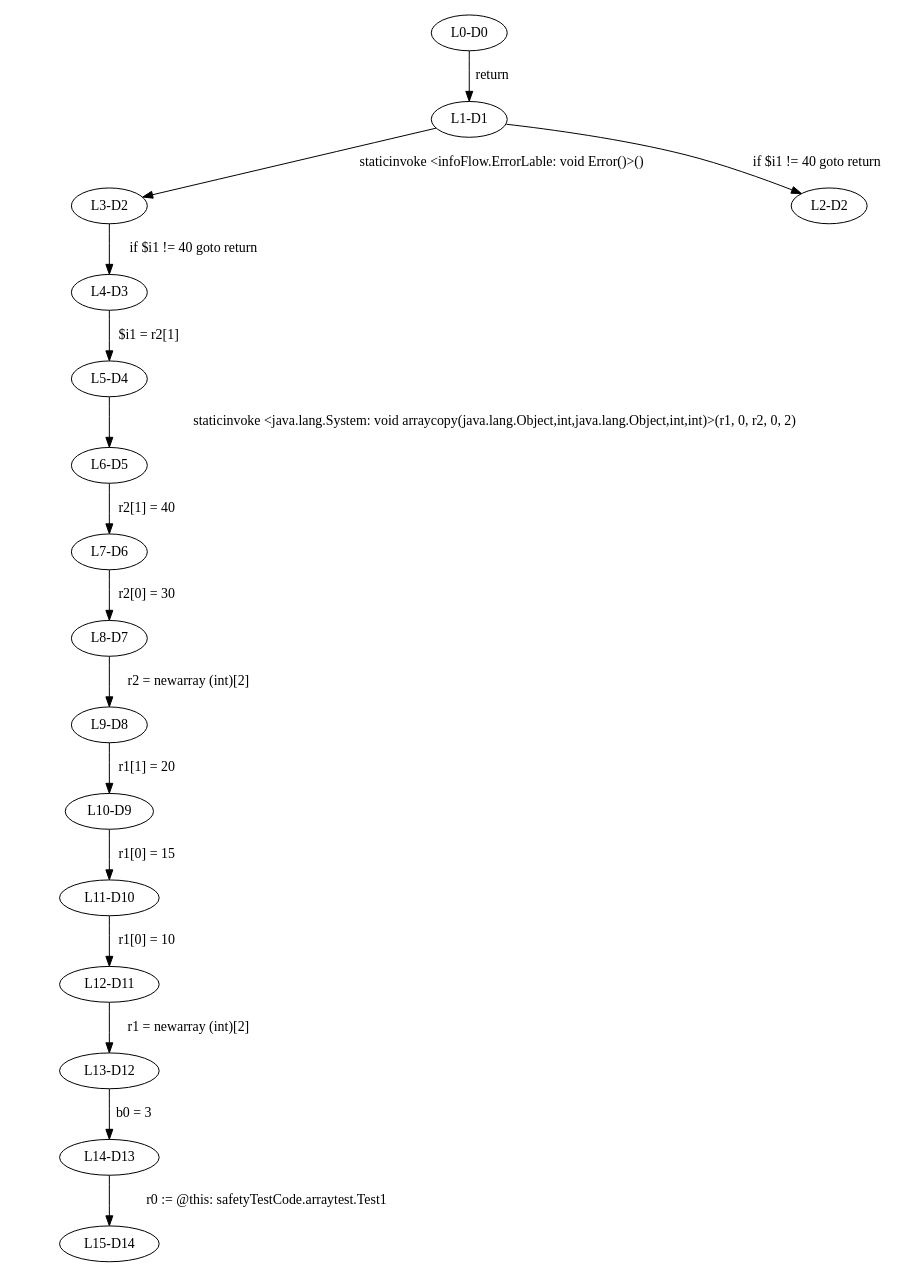
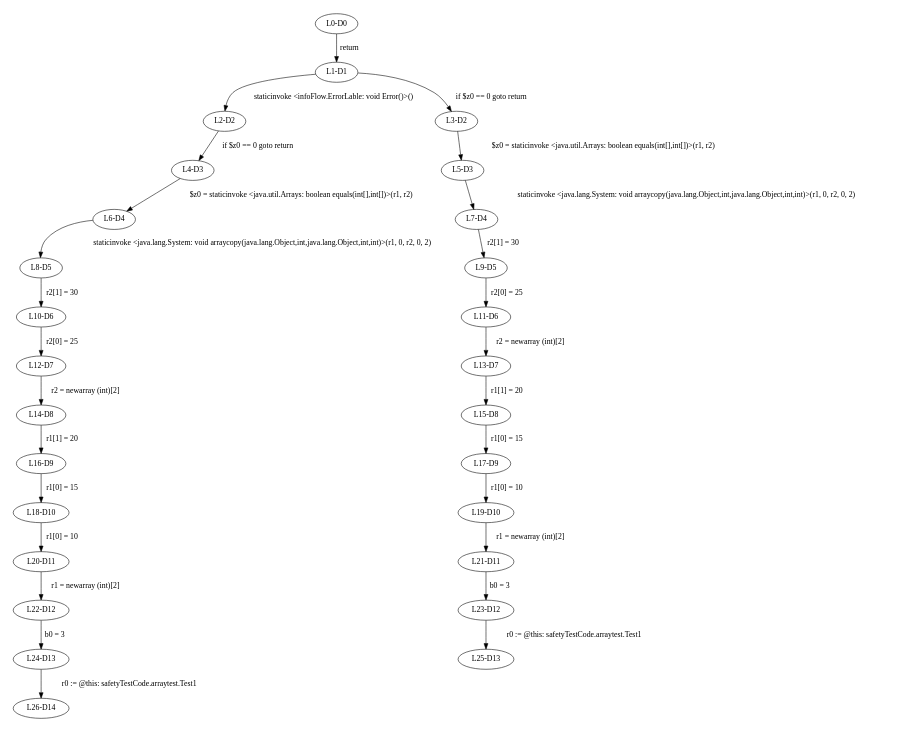
One commit to gt-wunderhorn/gt-wunderhorn changed the diagram in SafetyChecker2/_all.dot. Above: the diagram before and after it, drawn with Graphviz. The commit also changed 20 other files, not shown here.

Commit message:
Arrays.equals

```diff
--- a/SafetyChecker2/_all.dot
+++ b/SafetyChecker2/_all.dot
@@ -1,20 +1,31 @@
 digraph { 
 	ratio="fill";
 	size="8.3,11.7!";
 	margin=0;
 	"L0-D0" -> "L1-D1"[label="return"];
-	"L1-D1" -> "L3-D2"[label="staticinvoke <infoFlow.ErrorLable: void Error()>()"];
-	"L1-D1" -> "L2-D2"[label="if $i1 != 40 goto return"];
-	"L3-D2" -> "L4-D3"[label="if $i1 != 40 goto return"];
-	"L4-D3" -> "L5-D4"[label="$i1 = r2[1]"];
-	"L5-D4" -> "L6-D5"[label="staticinvoke <java.lang.System: void arraycopy(java.lang.Object,int,java.lang.Object,int,int)>(r1, 0, r2, 0, 2)"];
-	"L6-D5" -> "L7-D6"[label="r2[1] = 40"];
-	"L7-D6" -> "L8-D7"[label="r2[0] = 30"];
-	"L8-D7" -> "L9-D8"[label="r2 = newarray (int)[2]"];
-	"L9-D8" -> "L10-D9"[label="r1[1] = 20"];
-	"L10-D9" -> "L11-D10"[label="r1[0] = 15"];
-	"L11-D10" -> "L12-D11"[label="r1[0] = 10"];
-	"L12-D11" -> "L13-D12"[label="r1 = newarray (int)[2]"];
-	"L13-D12" -> "L14-D13"[label="b0 = 3"];
-	"L14-D13" -> "L15-D14"[label="r0 := @this: safetyTestCode.arraytest.Test1"];
+	"L1-D1" -> "L2-D2"[label="staticinvoke <infoFlow.ErrorLable: void Error()>()"];
+	"L1-D1" -> "L3-D2"[label="if $z0 == 0 goto return"];
+	"L2-D2" -> "L4-D3"[label="if $z0 == 0 goto return"];
+	"L3-D2" -> "L5-D3"[label="$z0 = staticinvoke <java.util.Arrays: boolean equals(int[],int[])>(r1, r2)"];
+	"L4-D3" -> "L6-D4"[label="$z0 = staticinvoke <java.util.Arrays: boolean equals(int[],int[])>(r1, r2)"];
+	"L5-D3" -> "L7-D4"[label="staticinvoke <java.lang.System: void arraycopy(java.lang.Object,int,java.lang.Object,int,int)>(r1, 0, r2, 0, 2)"];
+	"L6-D4" -> "L8-D5"[label="staticinvoke <java.lang.System: void arraycopy(java.lang.Object,int,java.lang.Object,int,int)>(r1, 0, r2, 0, 2)"];
+	"L7-D4" -> "L9-D5"[label="r2[1] = 30"];
+	"L8-D5" -> "L10-D6"[label="r2[1] = 30"];
+	"L9-D5" -> "L11-D6"[label="r2[0] = 25"];
+	"L10-D6" -> "L12-D7"[label="r2[0] = 25"];
+	"L11-D6" -> "L13-D7"[label="r2 = newarray (int)[2]"];
+	"L12-D7" -> "L14-D8"[label="r2 = newarray (int)[2]"];
+	"L13-D7" -> "L15-D8"[label="r1[1] = 20"];
+	"L14-D8" -> "L16-D9"[label="r1[1] = 20"];
+	"L15-D8" -> "L17-D9"[label="r1[0] = 15"];
+	"L16-D9" -> "L18-D10"[label="r1[0] = 15"];
+	"L17-D9" -> "L19-D10"[label="r1[0] = 10"];
+	"L18-D10" -> "L20-D11"[label="r1[0] = 10"];
+	"L19-D10" -> "L21-D11"[label="r1 = newarray (int)[2]"];
+	"L20-D11" -> "L22-D12"[label="r1 = newarray (int)[2]"];
+	"L21-D11" -> "L23-D12"[label="b0 = 3"];
+	"L22-D12" -> "L24-D13"[label="b0 = 3"];
+	"L23-D12" -> "L25-D13"[label="r0 := @this: safetyTestCode.arraytest.Test1"];
+	"L24-D13" -> "L26-D14"[label="r0 := @this: safetyTestCode.arraytest.Test1"];
 }
```
